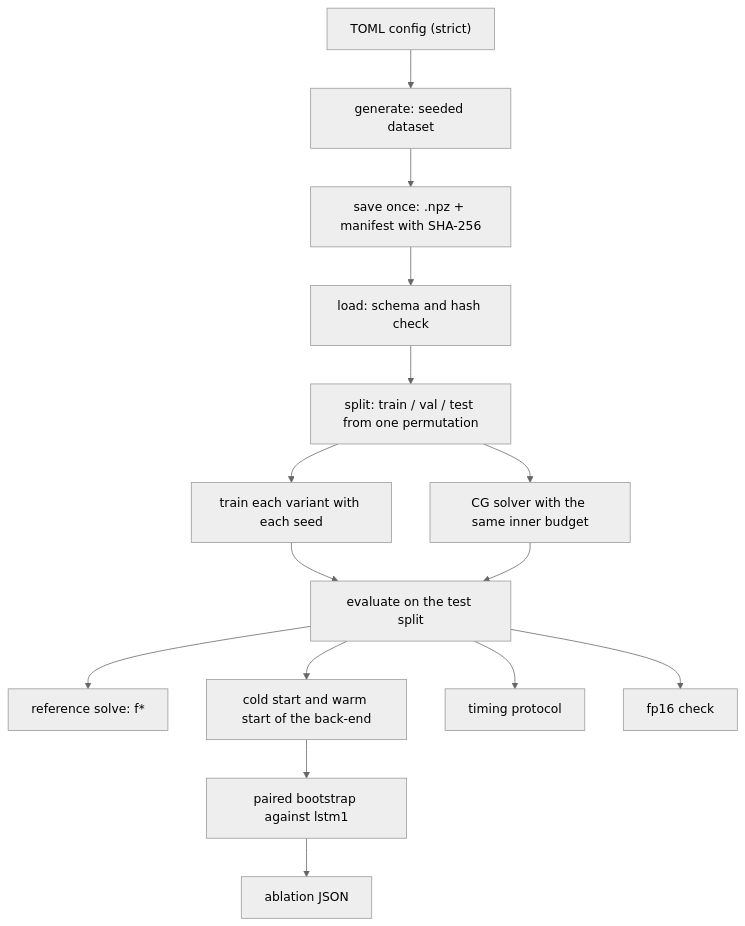
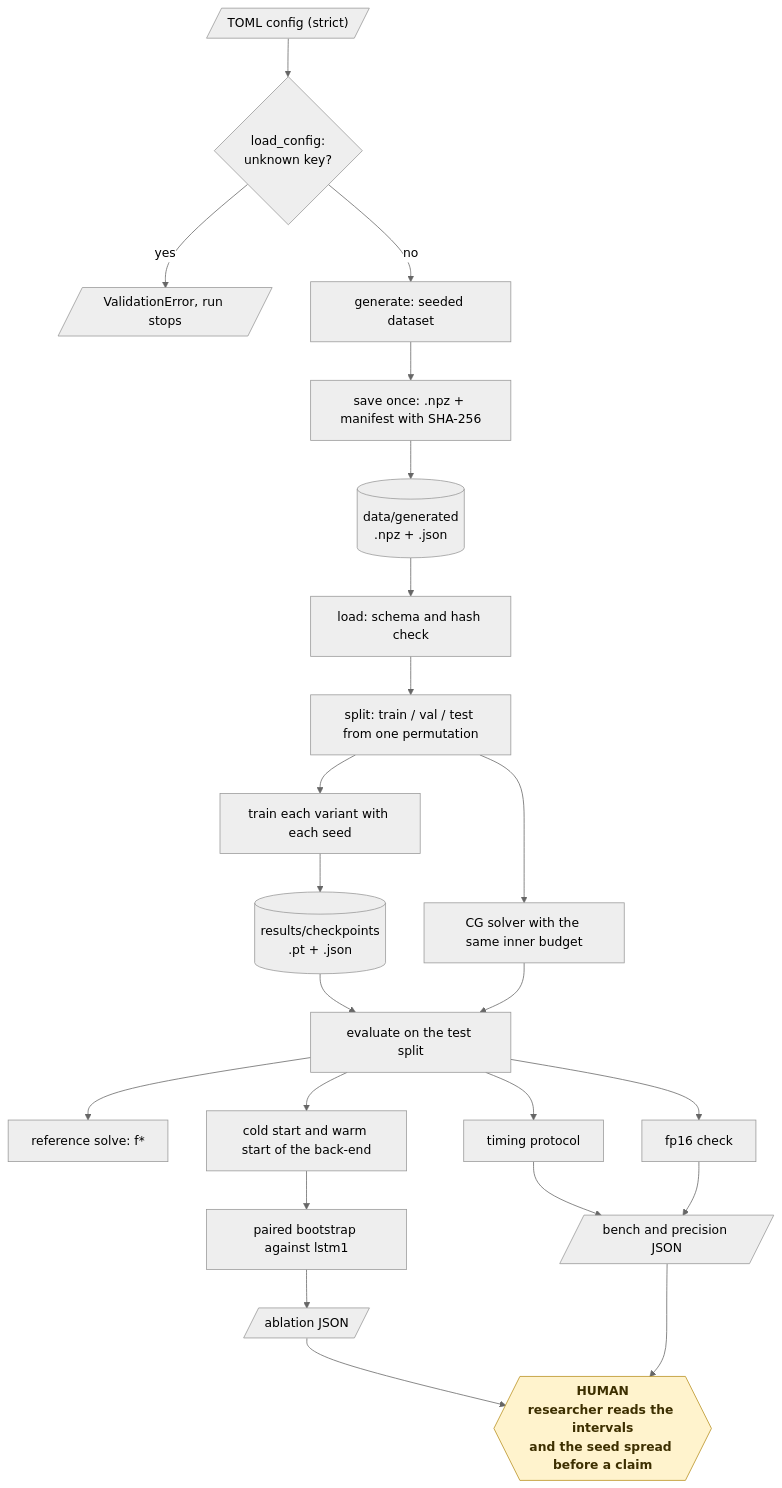
The fifth of 18 diagrams in README.md (KrishnaAnnavaram/ipm-lstm-attn), drawn with Mermaid (neutral theme) before and after one commit. The commit also changed other lines of this file, not shown here.

Commit message:
Add the workflow diagrams to the README

````diff
--- a/README.md
+++ b/README.md
@@ -198,17 +265,28 @@
 ```mermaid
-flowchart TB
-    CFG["TOML config (strict)"] --> GEN["generate: seeded dataset"]
+flowchart TD
+    CFG[/"TOML config (strict)"/] --> V{"load_config:<br/>unknown key?"}
+    V -- "yes" --> ERR[/"ValidationError, run stops"/]
+    V -- "no" --> GEN["generate: seeded dataset"]
     GEN --> SAVE["save once: .npz + manifest with SHA-256"]
-    SAVE --> LOAD["load: schema and hash check"]
+    SAVE --> DISK[("data/generated<br/>.npz + .json")]
+    DISK --> LOAD["load: schema and hash check"]
     LOAD --> SPLIT["split: train / val / test from one permutation"]
     SPLIT --> TRAIN["train each variant with each seed"]
-    TRAIN --> EVAL["evaluate on the test split"]
+    TRAIN --> CK[("results/checkpoints<br/>.pt + .json")]
+    CK --> EVAL["evaluate on the test split"]
     SPLIT --> CG["CG solver with the same inner budget"]
     CG --> EVAL
     EVAL --> REF["reference solve: f*"]
     EVAL --> WS["cold start and warm start of the back-end"]
     WS --> PAIR["paired bootstrap against lstm1"]
-    PAIR --> OUT["ablation JSON"]
+    PAIR --> OUT[/"ablation JSON"/]
     EVAL --> BENCH["timing protocol"]
     EVAL --> FP16["fp16 check"]
+    BENCH --> RJ[/"bench and precision JSON"/]
+    FP16 --> RJ
+    OUT --> HUMAN{{"HUMAN<br/>researcher reads the intervals<br/>and the seed spread before a claim"}}
+    RJ --> HUMAN
+
+    classDef human fill:#fff3cd,stroke:#b8901f,color:#3d2f00,font-weight:bold
+    class HUMAN human
 ```
````
